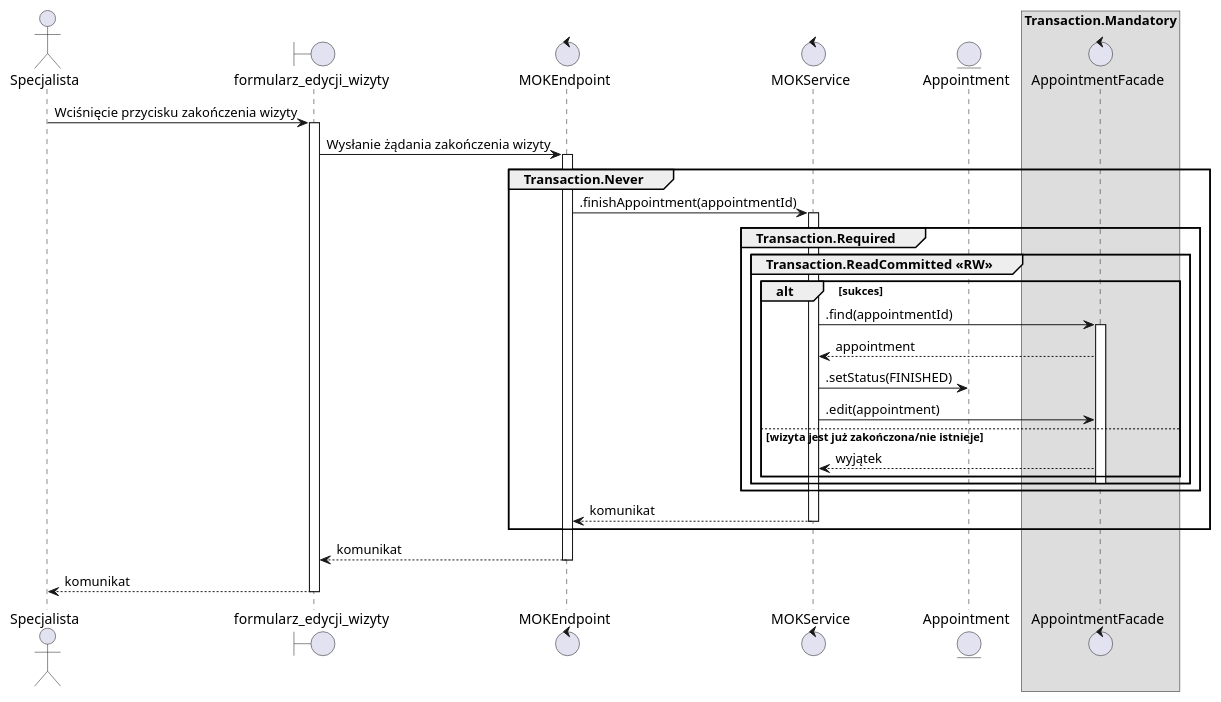
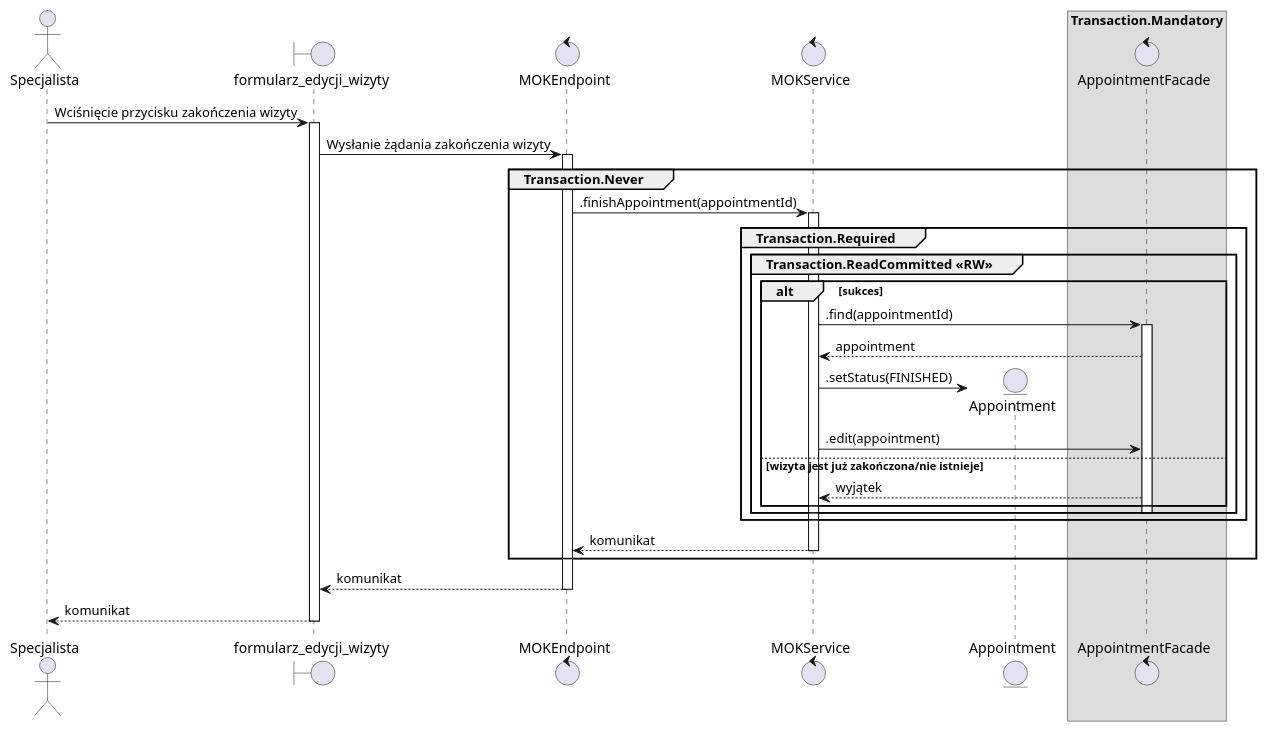
One commit to TheVivent-Politechnika-Lodzka/ssbd03_kic_uml changed the diagram in src/rozdział 11/mop14.puml. Above: the diagram before and after it, drawn with PlantUML. The commit also changed 6 other files, not shown here.

```diff
--- a/src/rozdział 11/mop14.puml
+++ b/src/rozdział 11/mop14.puml
@@ -1,49 +1,49 @@
 @startuml MOP.14 - Oznacz wizytę jako zakończoną
 
 
 actor Specjalista as guest
 boundary formularz_edycji_wizyty as gui
 control MOKEndpoint as endpoint
 control MOKService as service
 entity Appointment as implant
 control AppointmentFacade as accFacade
 
 skinparam backgroundcolor transparent
 
 guest -> gui ++ : Wciśnięcie przycisku zakończenia wizyty
 gui -> endpoint ++ : Wysłanie żądania zakończenia wizyty
 
 group Transaction.Never
 
     endpoint -> service ++ : .finishAppointment(appointmentId)
 
     group Transaction.Required
         group Transaction.ReadCommitted <<RW>>
             box Transaction.Mandatory 
                 participant accFacade
                 alt sukces
                 service -> accFacade ++ : .find(appointmentId)
                 accFacade --> service : appointment
 
-                service -> implant : .setStatus(FINISHED)
+                service -> implant **: .setStatus(FINISHED)
 
                 service -> accFacade : .edit(appointment)
 
                 else wizyta jest już zakończona/nie istnieje
                     accFacade --> service : wyjątek
                 end
 
                 deactivate accFacade
             end box
         end
     end
     return komunikat
 
 end
 
 return komunikat
 
 
 return komunikat
 
 @enduml
```
